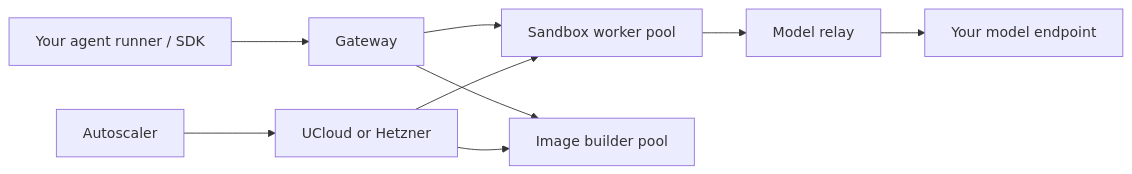
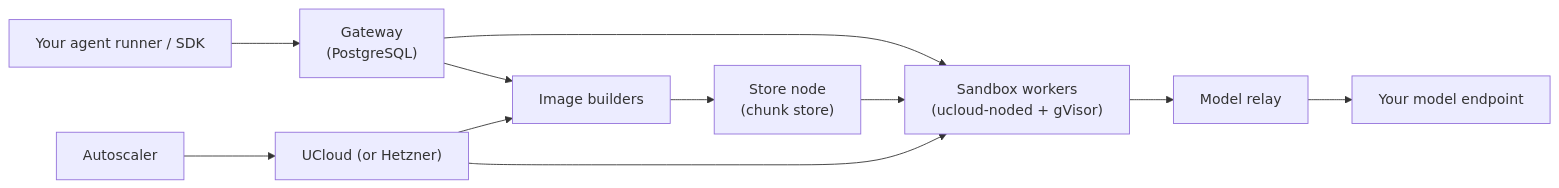
Before and after one commit to rlrs/sandboxes: the diagram in README.md, drawn with Mermaid. The commit also changed other lines of this file and 475 other files, not shown here.

First line of the commit message:
docs: consolidate ~60 docs into 13 reference docs, a roadmap and a decision log

````diff
--- a/README.md
+++ b/README.md
@@ -55,11 +57,13 @@
 ```mermaid
 flowchart LR
-    Client["Your agent runner / SDK"] --> Gateway["Gateway"]
-    Gateway --> Sandboxes["Sandbox worker pool"]
-    Gateway --> Builders["Image builder pool"]
-    Autoscaler["Autoscaler"] --> Provider["UCloud or Hetzner"]
+    Client["Your agent runner / SDK"] --> Gateway["Gateway<br/>(PostgreSQL)"]
+    Gateway --> Sandboxes["Sandbox workers<br/>(ucloud-noded + gVisor)"]
+    Gateway --> Builders["Image builders"]
+    Builders --> Store["Store node<br/>(chunk store)"]
+    Store --> Sandboxes
+    Autoscaler["Autoscaler"] --> Provider["UCloud (or Hetzner)"]
     Provider --> Sandboxes
     Provider --> Builders
     Sandboxes --> Relay["Model relay"]
     Relay --> Models["Your model endpoint"]
 ```
````
